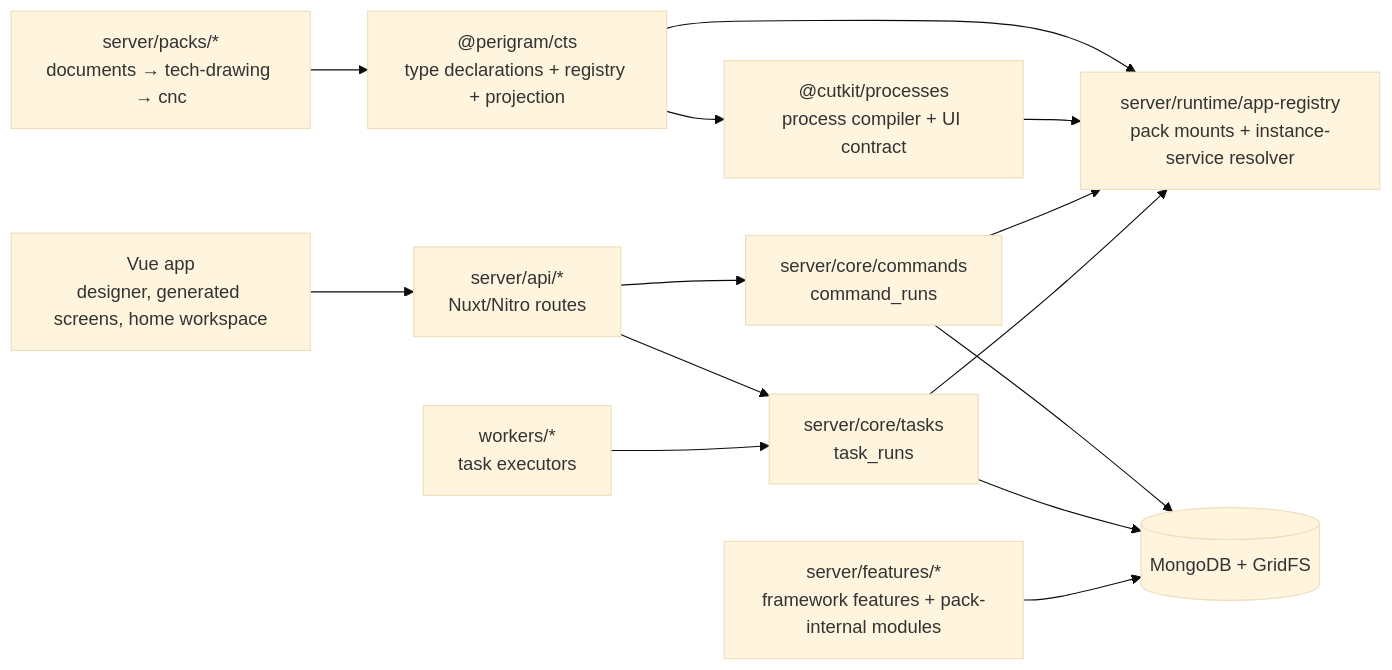
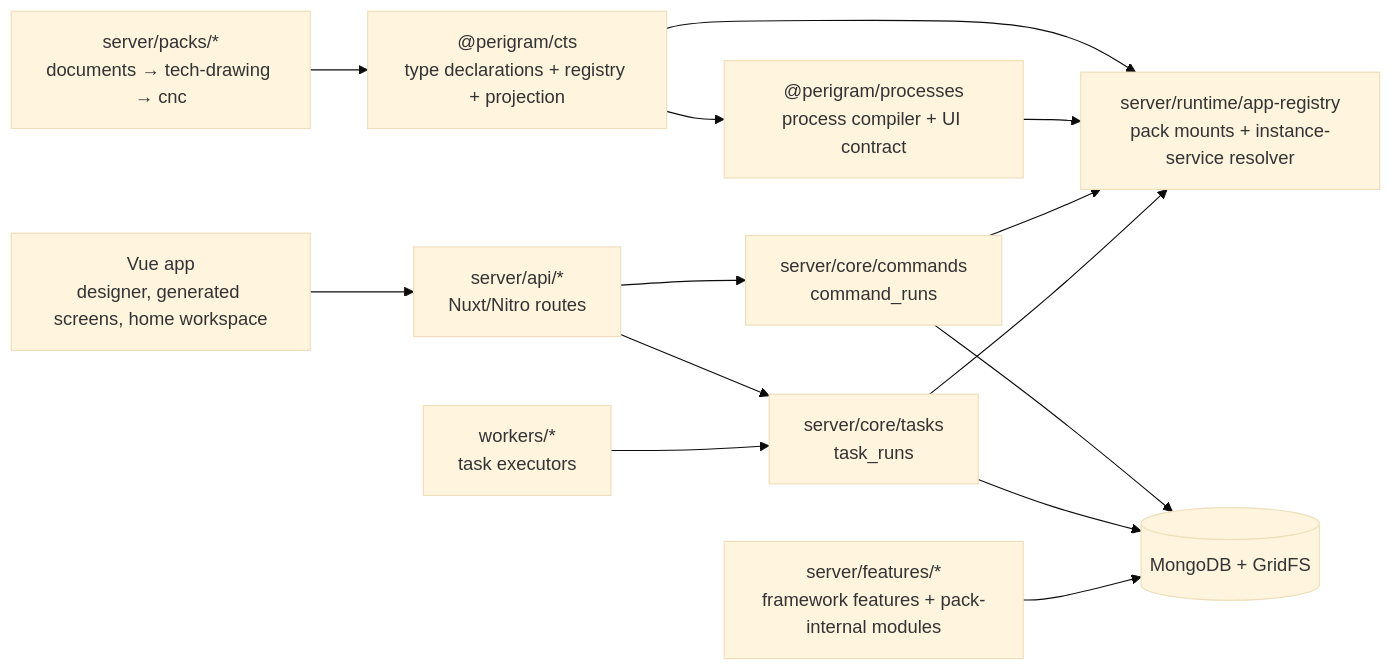
One commit to Perigram/perigram changed the first of 2 diagrams in README.md. Above: the diagram before and after it, drawn with Mermaid (base theme). The commit also changed other lines of this file and 64 other files, not shown here.

````diff
--- a/README.md
+++ b/README.md
@@ -13,28 +17,28 @@
 ```mermaid
 flowchart LR
   Cts["@perigram/cts<br/>type declarations + registry + projection"]
   Packs["server/packs/*<br/>documents → tech-drawing → cnc"]
-  Compiler["@cutkit/processes<br/>process compiler + UI contract"]
+  Compiler["@perigram/processes<br/>process compiler + UI contract"]
   Runtime["server/runtime/app-registry<br/>pack mounts + instance-service resolver"]
   Commands["server/core/commands<br/>command_runs"]
   Tasks["server/core/tasks<br/>task_runs"]
   Features["server/features/*<br/>framework features + pack-internal modules"]
   API["server/api/*<br/>Nuxt/Nitro routes"]
   UI["Vue app<br/>designer, generated screens, home workspace"]
   Workers["workers/*<br/>task executors"]
   Mongo[(MongoDB + GridFS)]
 
   Packs --> Cts
   Cts --> Compiler
   Cts --> Runtime
   Compiler --> Runtime
   API --> Commands
   API --> Tasks
   Commands --> Runtime
   Tasks --> Runtime
   Commands --> Mongo
   Tasks --> Mongo
   Features --> Mongo
   UI --> API
   Workers --> Tasks
 ```
````
